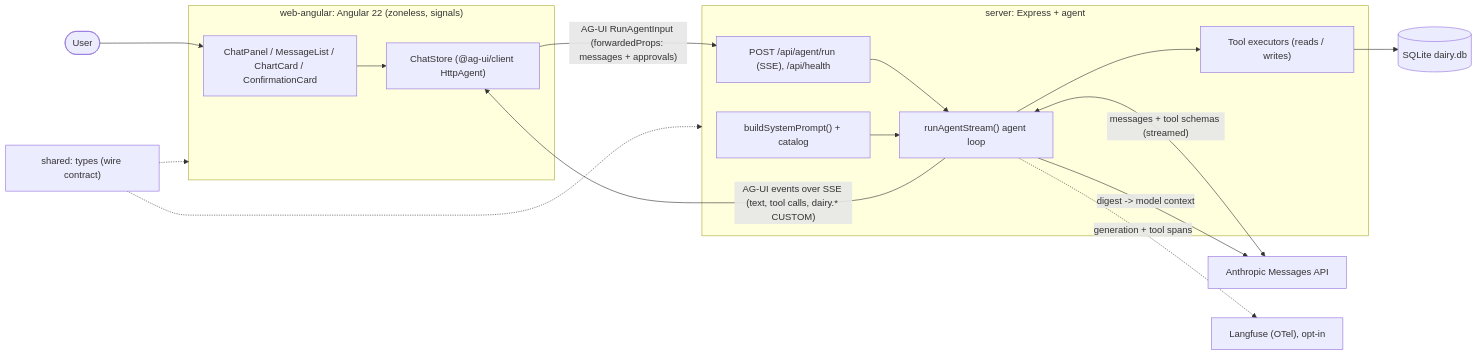
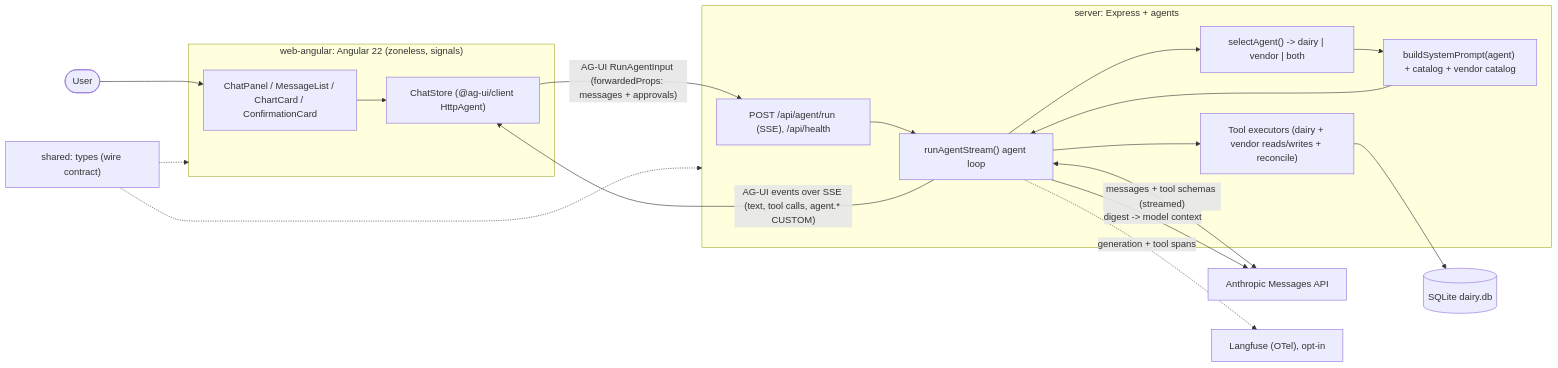
Before and after one commit to i-adnanali/dairy-agent: the first of 7 diagrams in docs/PROJECT_OVERVIEW.md, drawn with Mermaid. The commit also changed other lines of this file and 5 other files, not shown here.

````diff
--- a/docs/PROJECT_OVERVIEW.md
+++ b/docs/PROJECT_OVERVIEW.md
@@ -47,35 +47,38 @@
 ```mermaid
 flowchart LR
     User(["User"])
 
     subgraph web ["web-angular: Angular 22 (zoneless, signals)"]
         UI["ChatPanel / MessageList / ChartCard / ConfirmationCard"]
         Store["ChatStore (@ag-ui/client HttpAgent)"]
     end
 
-    subgraph server [server: Express + agent]
+    subgraph server [server: Express + agents]
         Route["POST /api/agent/run (SSE), /api/health"]
         Loop["runAgentStream() agent loop"]
-        Tools["Tool executors (reads / writes)"]
-        Prompt["buildSystemPrompt() + catalog"]
+        Dispatch["selectAgent() -> dairy | vendor | both"]
+        Tools["Tool executors (dairy + vendor reads/writes + reconcile)"]
+        Prompt["buildSystemPrompt(agent) + catalog + vendor catalog"]
     end
 
     SQLite[("SQLite dairy.db")]
     Anthropic["Anthropic Messages API"]
     Langfuse["Langfuse (OTel), opt-in"]
 
     User --> UI --> Store
     Store -->|"AG-UI RunAgentInput (forwardedProps: messages + approvals)"| Route
     Route --> Loop
     Loop <-->|"messages + tool schemas (streamed)"| Anthropic
+    Loop --> Dispatch
     Loop --> Tools
+    Dispatch --> Prompt
     Prompt --> Loop
     Tools --> SQLite
     Loop -->|"digest -> model context"| Anthropic
-    Loop -->|"AG-UI events over SSE (text, tool calls, dairy.* CUSTOM)"| Store
+    Loop -->|"AG-UI events over SSE (text, tool calls, agent.* CUSTOM)"| Store
     Loop -.->|"generation + tool spans"| Langfuse
 
     shared["shared: types (wire contract)"]
     shared -.-> web
     shared -.-> server
 ```
````
